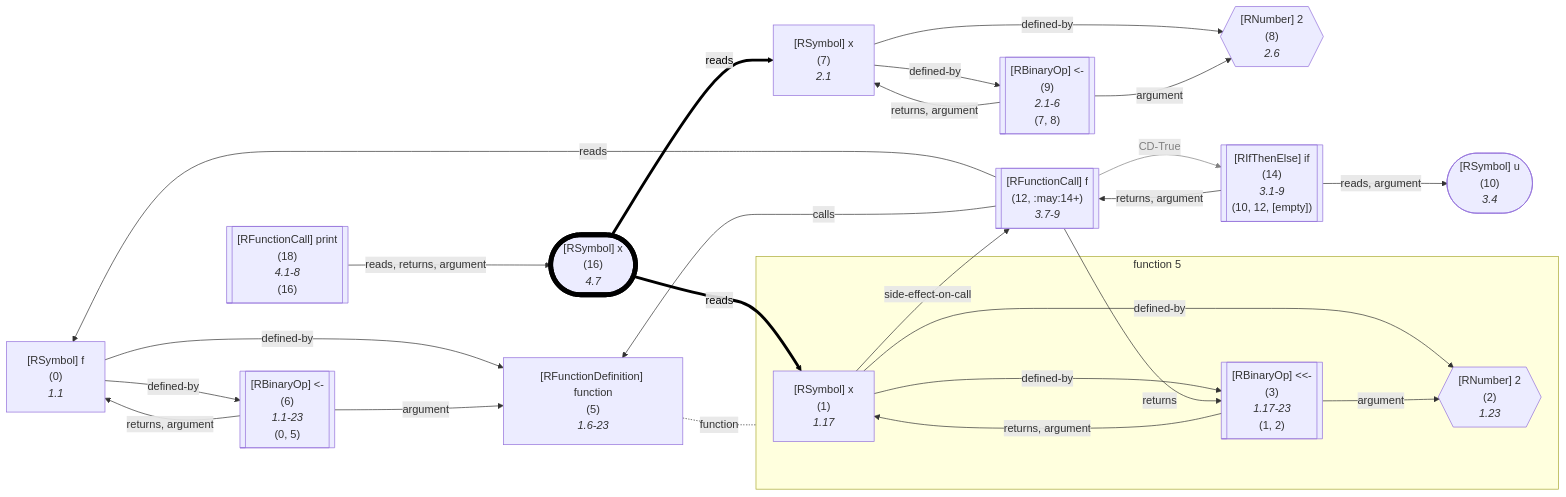
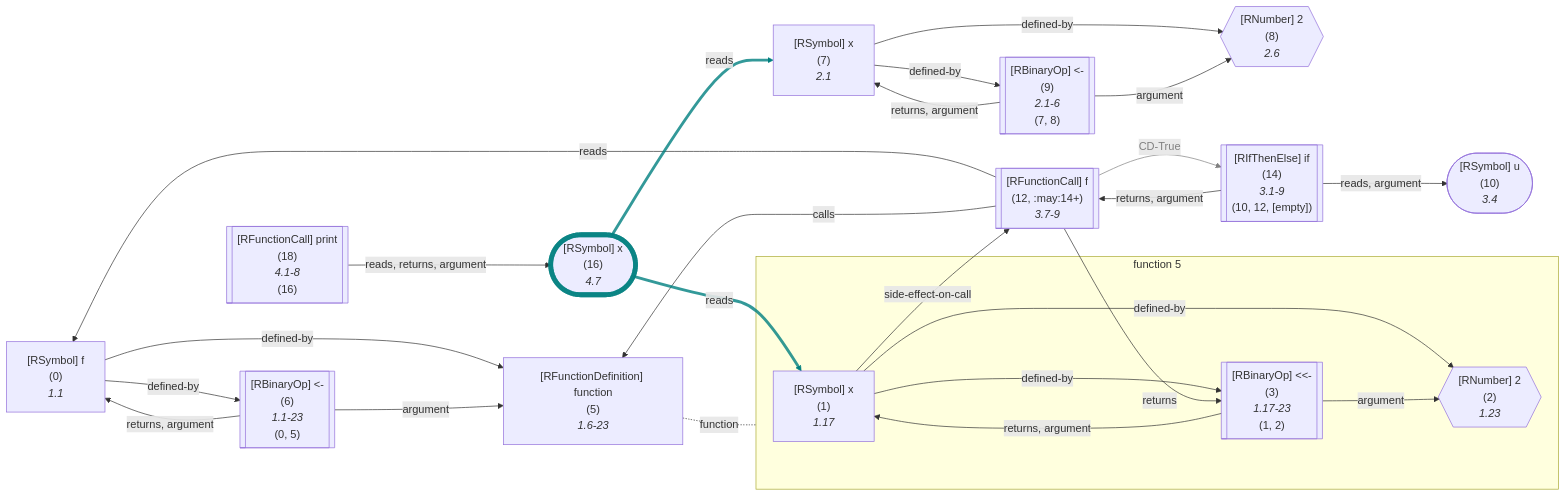
Before and after one commit to flowr-analysis/flowr: diagram 11 of 33 in wiki/Dataflow Graph.md, drawn with Mermaid. The commit also changed other lines of this file and 8 other files, not shown here.

````diff
--- a/wiki/Dataflow Graph.md
+++ b/wiki/Dataflow Graph.md
@@ -1011,7 +1093,7 @@
     16(["`#91;RSymbol#93; x
       (16)
       *4.7*`"])
-    style 16 stroke:black,stroke-width:7px; 
+    style 16 stroke:teal,stroke-width:7px,stroke-opacity:.8; 
     18[["`#91;RFunctionCall#93; print
       (18)
       *4.1-8*
@@ -1039,8 +1121,8 @@
     14 -->|"returns, argument"| 12
     14 -->|"reads, argument"| 10
     16 -->|"reads"| 7
-    linkStyle 20 stroke:black,color:black,stroke-width:4.2px;
+    linkStyle 20 stroke:teal,stroke-width:4.2px,stroke-opacity:.8
     16 -->|"reads"| 1
-    linkStyle 21 stroke:black,color:black,stroke-width:4.2px;
+    linkStyle 21 stroke:teal,stroke-width:4.2px,stroke-opacity:.8
     18 -->|"reads, returns, argument"| 16
 ```
````
